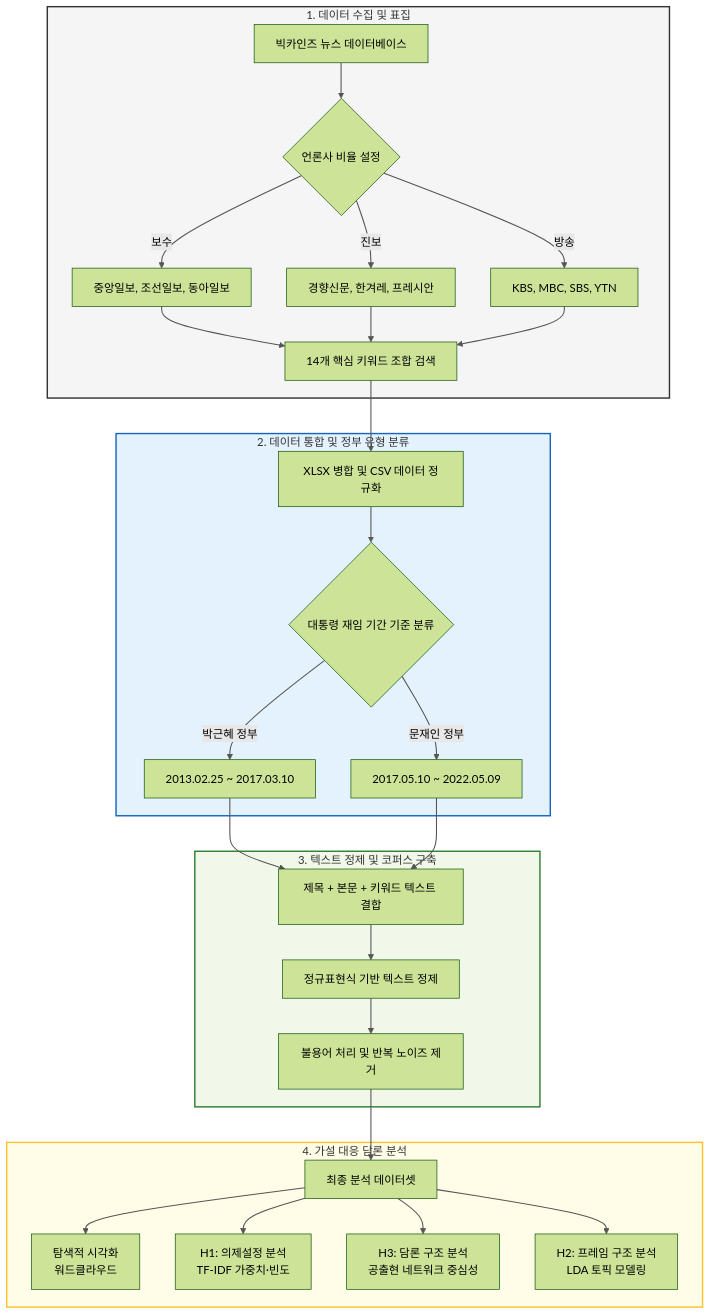
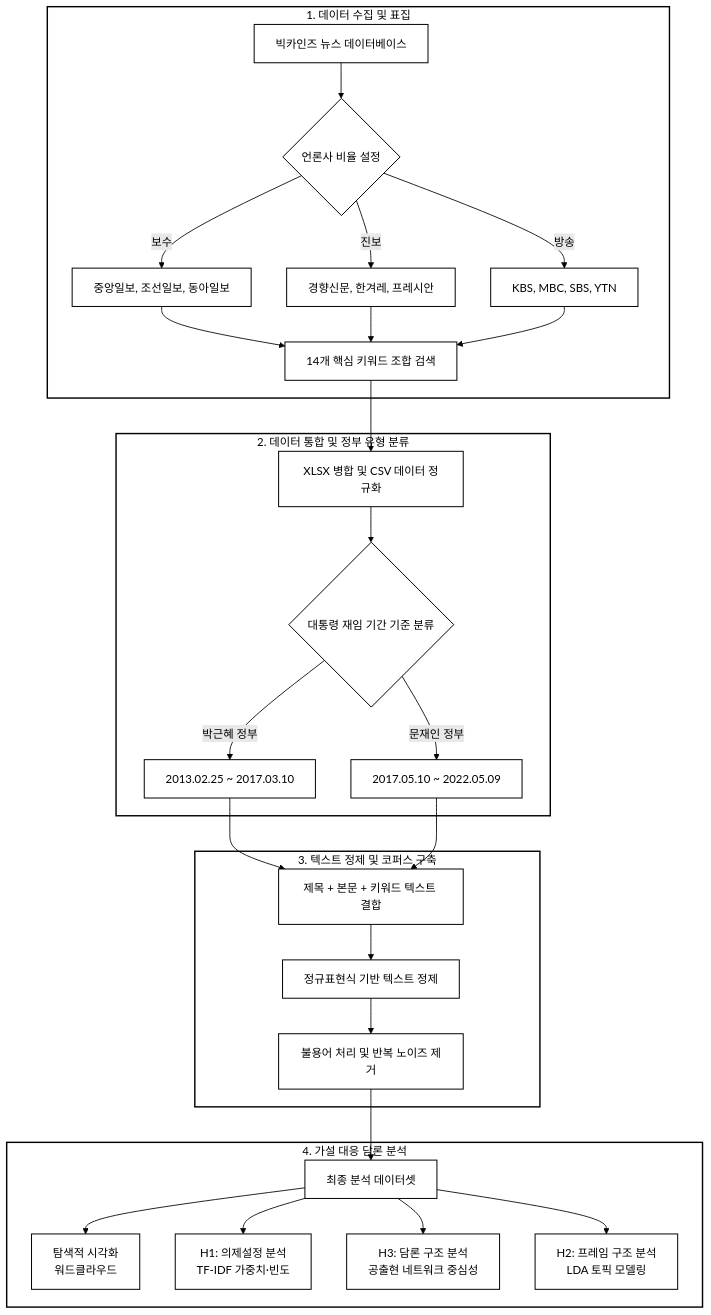
Before and after one commit to gayoung106/public_perception: the third of 4 diagrams in README.md, drawn with Mermaid (forest theme). The commit also changed other lines of this file, not shown here.

Commit message:
fix: 다이어그램 색상 변경

````diff
--- a/README.md
+++ b/README.md
@@ -133,44 +139,44 @@
 ```mermaid
 flowchart TD
     %% 1. 데이터 수집 단계
     subgraph Step1 [1. 데이터 수집 및 표집]
         A[빅카인즈 뉴스 데이터베이스] --> B{언론사 비율 설정}
         B -->|보수| B1[중앙일보, 조선일보, 동아일보]
         B -->|진보| B2[경향신문, 한겨레, 프레시안]
         B -->|방송| B3[KBS, MBC, SBS, YTN]
         B1 & B2 & B3 --> C[14개 핵심 키워드 조합 검색]
     end
 
     %% 2. 통합 및 정부 분류 단계
     subgraph Step2 [2. 데이터 통합 및 정부 유형 분류]
         C --> D[XLSX 병합 및 CSV 데이터 정규화]
         D --> E{대통령 재임 기간 기준 분류}
         E -->|박근혜 정부| E1["2013.02.25 ~ 2017.03.10"]
         E -->|문재인 정부| E2["2017.05.10 ~ 2022.05.09"]
     end
 
     %% 3. 전처리 단계
     subgraph Step3 [3. 텍스트 정제 및 코퍼스 구축]
         E1 & E2 --> F[제목 + 본문 + 키워드 텍스트 결합]
         F --> G[정규표현식 기반 텍스트 정제]
         G --> H[불용어 처리 및 반복 노이즈 제거]
     end
 
     %% 4. 가설 대응 담론 분석 단계
     subgraph Step4 [4. 가설 대응 담론 분석]
         H --> I[최종 분석 데이터셋]
         I --> J1[탐색적 시각화<br>워드클라우드]
         I --> J2[H1: 의제설정 분석<br>TF-IDF 가중치·빈도]
         I --> J3[H3: 담론 구조 분석<br>공출현 네트워크 중심성]
         I --> J4[H2: 프레임 구조 분석<br>LDA 토픽 모델링]
     end
 
-    %% 디자인 스타일링
-    style Step1 fill:#f5f5f5,stroke:#333,stroke-width:2px
-    style Step2 fill:#e3f2fd,stroke:#1565c0,stroke-width:2px
-    style Step3 fill:#f1f8e9,stroke:#2e7d32,stroke-width:2px
-    style Step4 fill:#fffde7,stroke:#fbc02d,stroke-width:2px
+    classDef step fill:#ffffff,stroke:#000000,stroke-width:2px,color:#000000
+    classDef node fill:#ffffff,stroke:#000000,stroke-width:1.4px,color:#000000
 
-    linkStyle default stroke:#555,stroke-width:1.5px
+    class Step1,Step2,Step3,Step4 step
+    class A,B,B1,B2,B3,C,D,E,E1,E2,F,G,H,I,J1,J2,J3,J4 node
+
+    linkStyle default stroke:#000000,stroke-width:1.2px
 
 ```
````
